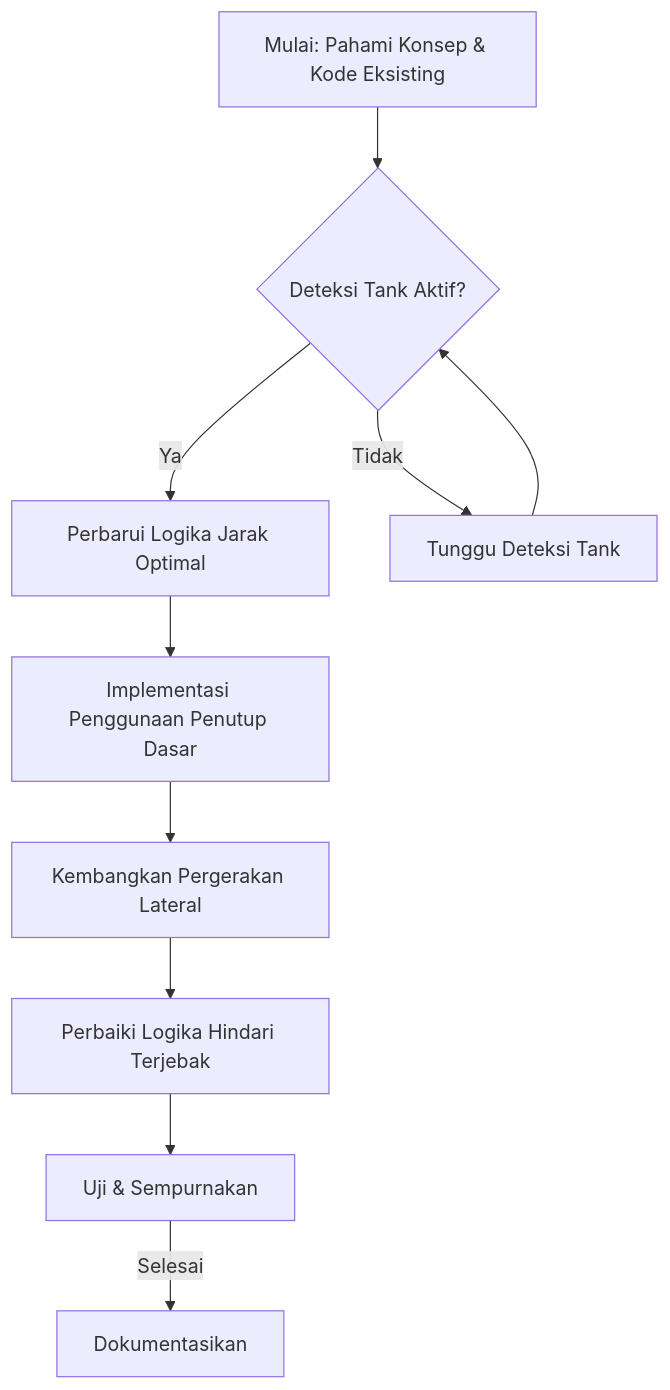
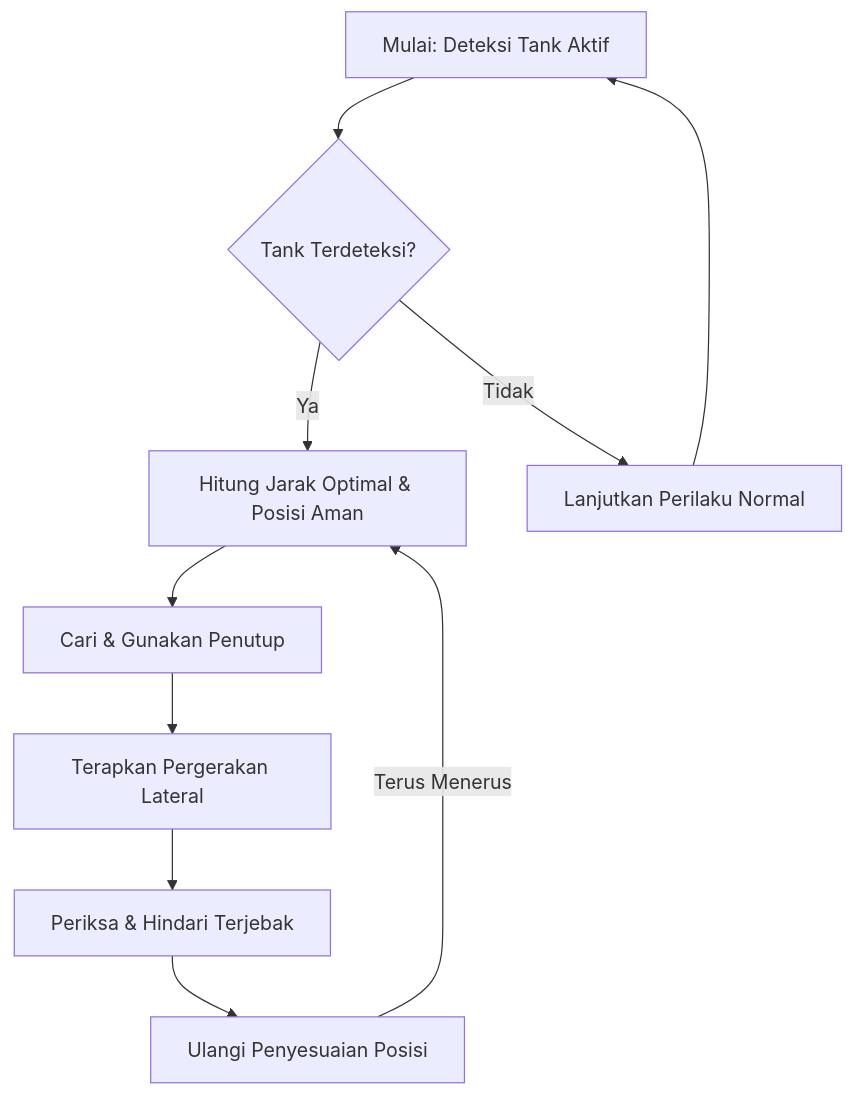
The diagram in baby-steps.md (Drinkopi53/Bot-Keluar), drawn with Mermaid before and after one commit. The commit also changed other lines of this file, not shown here.

````diff
--- a/baby-steps.md
+++ b/baby-steps.md
@@ -18,12 +26,12 @@
 ```mermaid
 graph TD
-    A[Mulai: Pahami Konsep & Kode Eksisting] --> B{Deteksi Tank Aktif?};
-    B -- Ya --> C[Perbarui Logika Jarak Optimal];
-    C --> D[Implementasi Penggunaan Penutup Dasar];
-    D --> E[Kembangkan Pergerakan Lateral];
-    E --> F[Perbaiki Logika Hindari Terjebak];
-    F --> G[Uji & Sempurnakan];
-    G -- Selesai --> H[Dokumentasikan];
-    B -- Tidak --> I[Tunggu Deteksi Tank];
-    I --> B;
+    A[Mulai: Deteksi Tank Aktif] --> B{Tank Terdeteksi?};
+    B -- Ya --> C[Hitung Jarak Optimal & Posisi Aman];
+    C --> D[Cari & Gunakan Penutup];
+    D --> E[Terapkan Pergerakan Lateral];
+    E --> F[Periksa & Hindari Terjebak];
+    F --> G[Ulangi Penyesuaian Posisi];
+    G -- Terus Menerus --> C;
+    B -- Tidak --> H[Lanjutkan Perilaku Normal];
+    H --> A;
 ```
````
